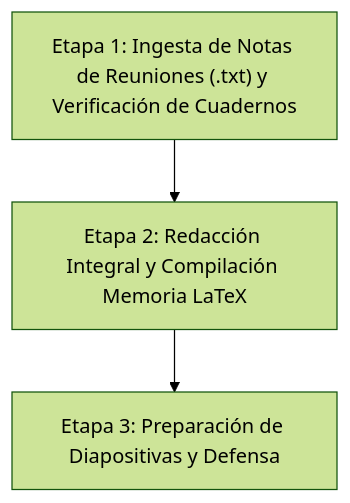
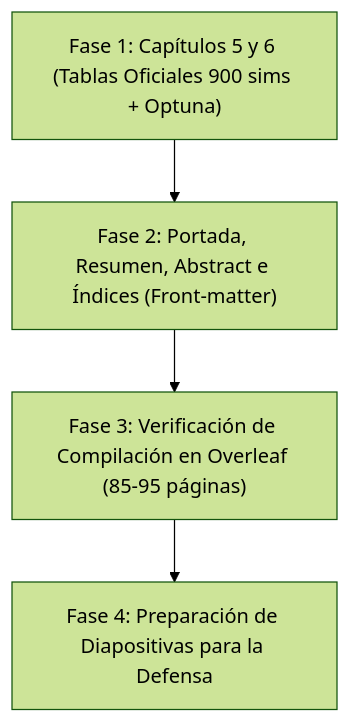
The diagram in PLAN_FINAL_TFM.md (jcestefania/TFM), drawn with Mermaid (forest theme) before and after one commit. The commit also changed other lines of this file, not shown here.

Commit message:
Plan Maestro Definitivo: Registrar roadmap detallado de Capitulos 5 y 6, front-matter y defensa

````diff
--- a/PLAN_FINAL_TFM.md
+++ b/PLAN_FINAL_TFM.md
@@ -29,5 +24,6 @@
 ```mermaid
 graph TD
-    A["Etapa 1: Ingesta de Notas de Reuniones (.txt) y Verificación de Cuadernos"] --> B["Etapa 2: Redacción Integral y Compilación Memoria LaTeX"]
-    B --> C["Etapa 3: Preparación de Diapositivas y Defensa"]
+    A["Fase 1: Capítulos 5 y 6 (Tablas Oficiales 900 sims + Optuna)"] --> B["Fase 2: Portada, Resumen, Abstract e Índices (Front-matter)"]
+    B --> C["Fase 3: Verificación de Compilación en Overleaf (85-95 páginas)"]
+    C --> D["Fase 4: Preparación de Diapositivas para la Defensa"]
 ```
````
